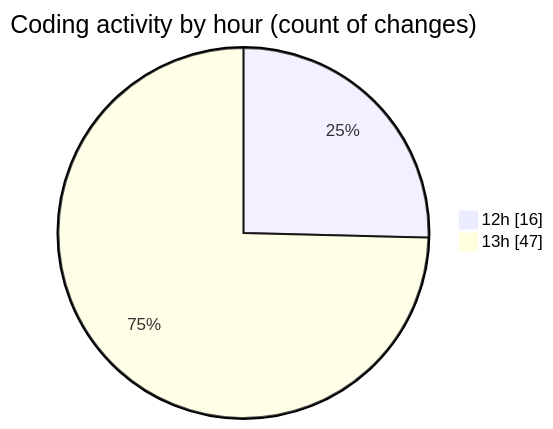
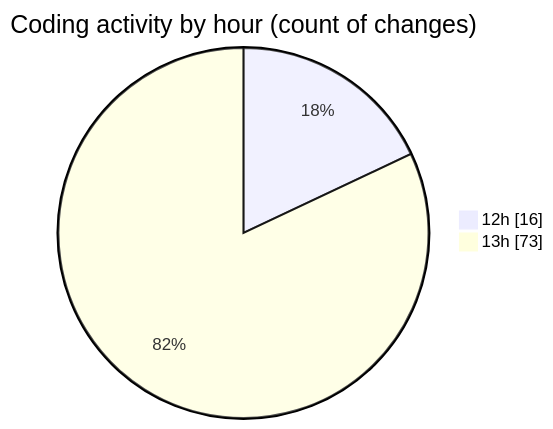
The second of 2 diagrams in 2025-09-16/www/README.md (vahidmafi/code-tracking), drawn with Mermaid before and after one commit. The commit also changed other lines of this file and 1 other file, not shown here.

````diff
--- a/2025-09-16/www/README.md
+++ b/2025-09-16/www/README.md
@@ -57,6 +69,6 @@
 ```mermaid
 pie showData
 title Coding activity by hour (count of changes)
 "12h" : 16
-"13h" : 47
+"13h" : 73
 ```
````
